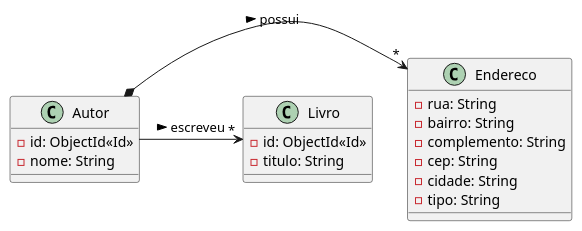
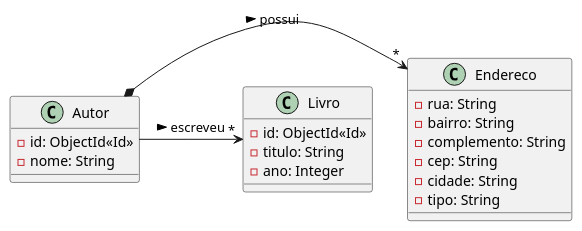
One commit to glaucioscheibel/exercicios changed the diagram in src/main/java/com/github/glaucioscheibel/nosql/documento/odm/model/model.puml. Above: the diagram before and after it, drawn with PlantUML. The commit also changed 5 other files, not shown here.

```diff
--- a/src/main/java/com/github/glaucioscheibel/nosql/documento/odm/model/model.puml
+++ b/src/main/java/com/github/glaucioscheibel/nosql/documento/odm/model/model.puml
@@ -1,20 +1,21 @@
 @startuml model
 class Autor {
     -id: ObjectId<<Id>>
     -nome: String
 }
 class Endereco {
     -rua: String
     -bairro: String
     -complemento: String
     -cep: String
     -cidade: String
     -tipo: String
 }
 class Livro {
     -id: ObjectId<<Id>>
     -titulo: String
+    -ano: Integer
 }
 Autor *-> "*" Endereco : possui >
 Autor -> "*" Livro : escreveu >
 @enduml
```
